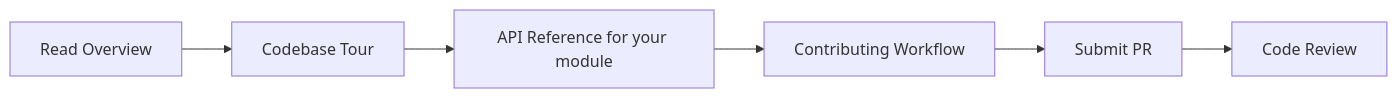
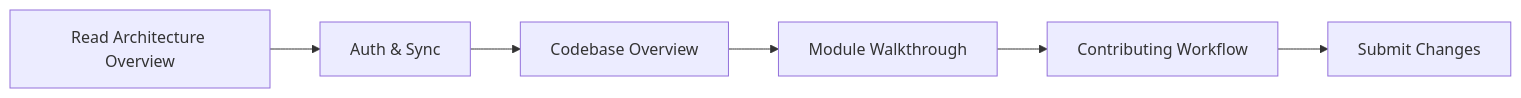
The diagram in dev-docs/index.md (0xpix/Hei-DataHub), drawn with Mermaid before and after one commit. The commit also changed other lines of this file, not shown here.

````diff
--- a/dev-docs/index.md
+++ b/dev-docs/index.md
@@ -137,8 +153,8 @@
 ```mermaid
 graph LR
-    A[Read Overview] --> B[Codebase Tour]
-    B --> C[API Reference for your module]
-    C --> D[Contributing Workflow]
-    D --> E[Submit PR]
-    E --> F[Code Review]
+    A[Read Architecture Overview] --> B[Auth & Sync]
+    B --> C[Codebase Overview]
+    C --> D[Module Walkthrough]
+    D --> E[Contributing Workflow]
+    E --> F[Submit Changes]
 ```
````
